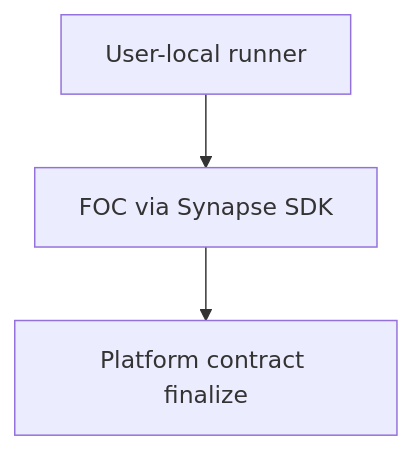
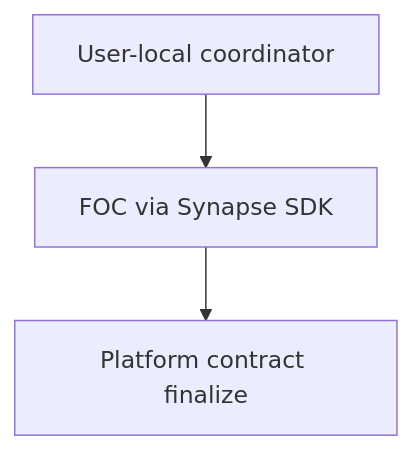
Diagram 11 of 20 in spec.md (FIL-Builders/foc-platform), drawn with Mermaid before and after one commit. The commit also changed other lines of this file, not shown here.

Commit message:
Replace runner terminology with coordinator

````diff
--- a/spec.md
+++ b/spec.md
@@ -999,9 +999,9 @@
 ```mermaid
 flowchart TD
-  runner["User-local runner"]
+  coordinator["User-local coordinator"]
   foc["FOC via Synapse SDK"]
   finalize["Platform contract finalize"]
 
-  runner --> foc
+  coordinator --> foc
   foc --> finalize
 ```
````
